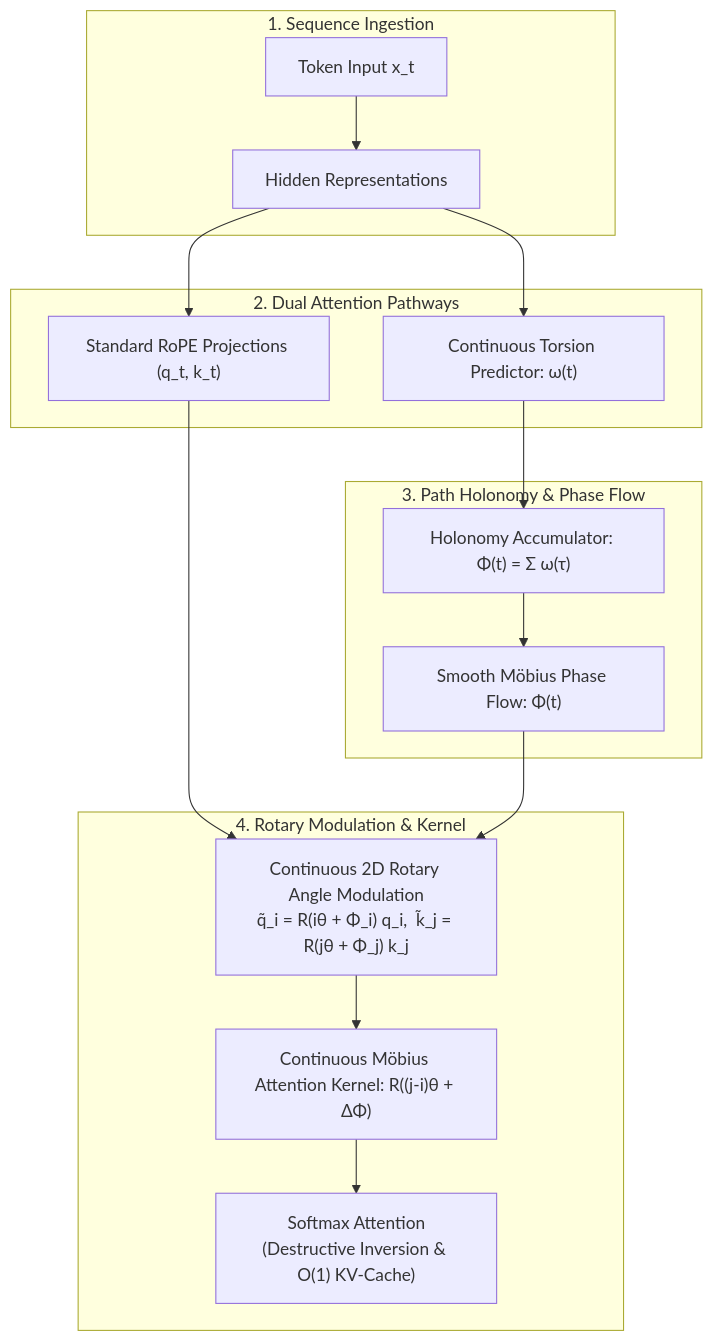
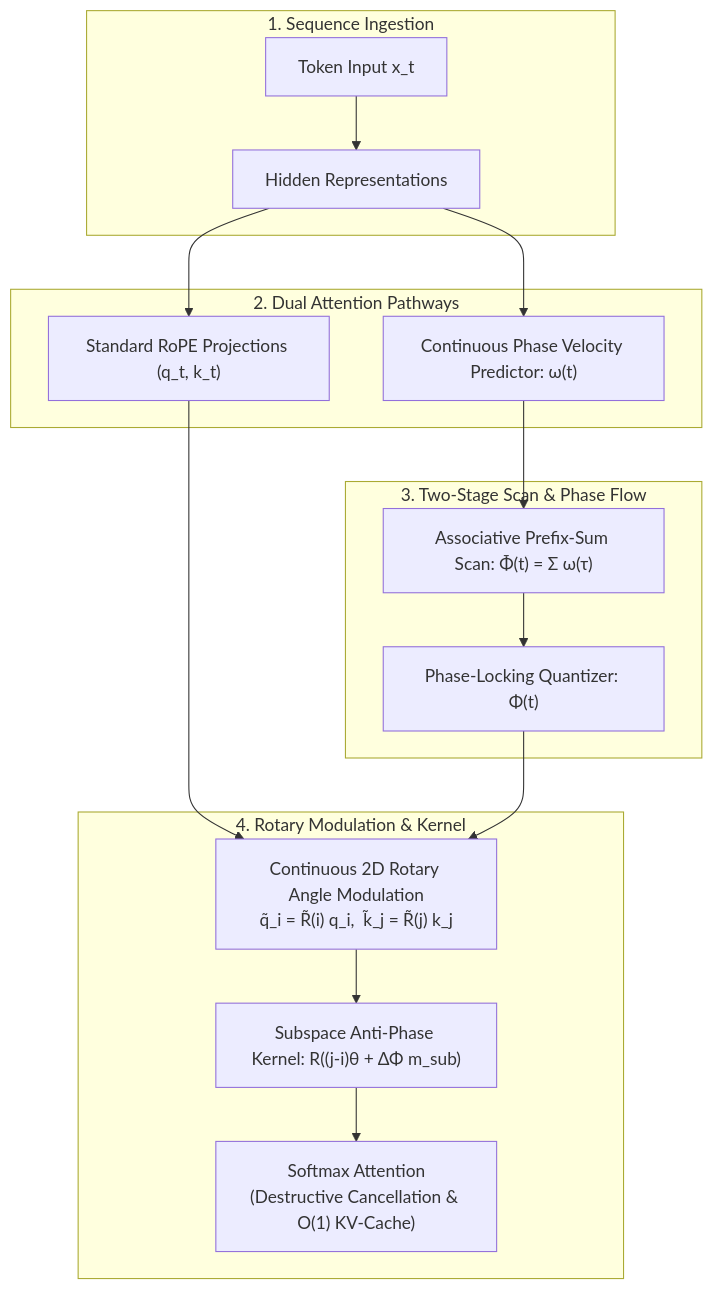
One commit to 3y3y3y-huaiji/mobius-attention changed the third of 3 diagrams in README.md. Above: the diagram before and after it, drawn with Mermaid. The commit also changed other lines of this file and 17 other files, not shown here.

````diff
--- a/README.md
+++ b/README.md
@@ -218,22 +238,22 @@
 ```mermaid
 flowchart TD
     subgraph Frontend["1. Sequence Ingestion"]
         X["Token Input x_t"] --> H["Hidden Representations"]
     end
 
     subgraph Projections["2. Dual Attention Pathways"]
         H --> QK["Standard RoPE Projections (q_t, k_t)"]
-        H --> SGC["Continuous Torsion Predictor: ω(t)"]
+        H --> SGC["Continuous Phase Velocity Predictor: ω(t)"]
     end
 
-    subgraph Holonomy["3. Path Holonomy & Phase Flow"]
-        SGC --> HOL["Holonomy Accumulator: Φ(t) = Σ ω(τ)"]
-        HOL --> PAR["Smooth Möbius Phase Flow: Φ(t)"]
+    subgraph Phase["3. Two-Stage Scan & Phase Flow"]
+        SGC --> HOL["Associative Prefix-Sum Scan: Φ̄(t) = Σ ω(τ)"]
+        HOL --> PAR["Phase-Locking Quantizer: Φ(t)"]
     end
 
     subgraph Modulation["4. Rotary Modulation & Kernel"]
-        QK & PAR --> DUAL["Continuous 2D Rotary Angle Modulation<br>q̃_i = R(iθ + Φ_i) q_i,  k̃_j = R(jθ + Φ_j) k_j"]
-        DUAL --> KERNEL["Continuous Möbius Attention Kernel: R((j-i)θ + ΔΦ)"]
-        KERNEL --> SM["Softmax Attention<br>(Destructive Inversion & O(1) KV-Cache)"]
+        QK & PAR --> DUAL["Continuous 2D Rotary Angle Modulation<br>q̃_i = R̃(i) q_i,  k̃_j = R̃(j) k_j"]
+        DUAL --> KERNEL["Subspace Anti-Phase Kernel: R((j-i)θ + ΔΦ m_sub)"]
+        KERNEL --> SM["Softmax Attention<br>(Destructive Cancellation & O(1) KV-Cache)"]
     end
 ```
````
